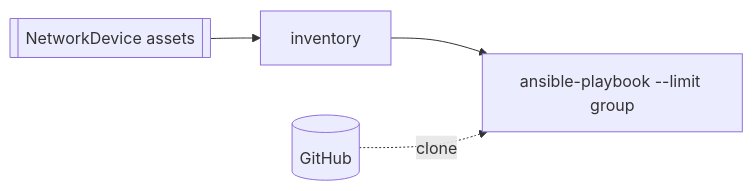
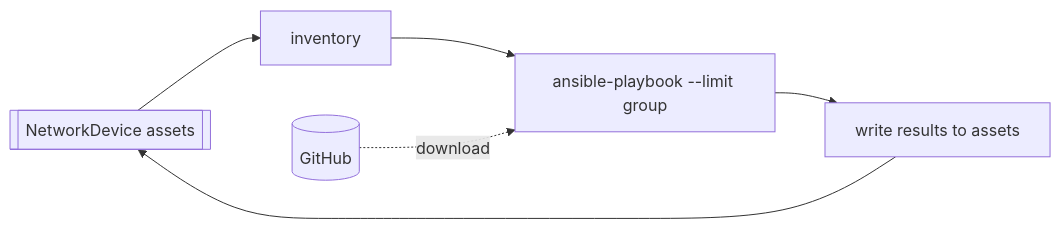
The diagram in solutions.ansible/README.md (kestra-io/cs-examples), drawn with Mermaid before and after one commit. The commit also changed other lines of this file and 1 other file, not shown here.

First line of the commit message:
fix(solutions.ansible): clearer failure message, null-safe flow outputs, README

````diff
--- a/solutions.ansible/README.md
+++ b/solutions.ansible/README.md
@@ -16,6 +17,8 @@
 ```mermaid
 flowchart LR
     A[[NetworkDevice assets]] --> INV[inventory]
     INV --> RUN[ansible-playbook --limit group]
-    GH[(GitHub)] -. clone .-> RUN
+    GH[(GitHub)] -. download .-> RUN
+    RUN --> W[write results to assets]
+    W --> A
 ```
````
